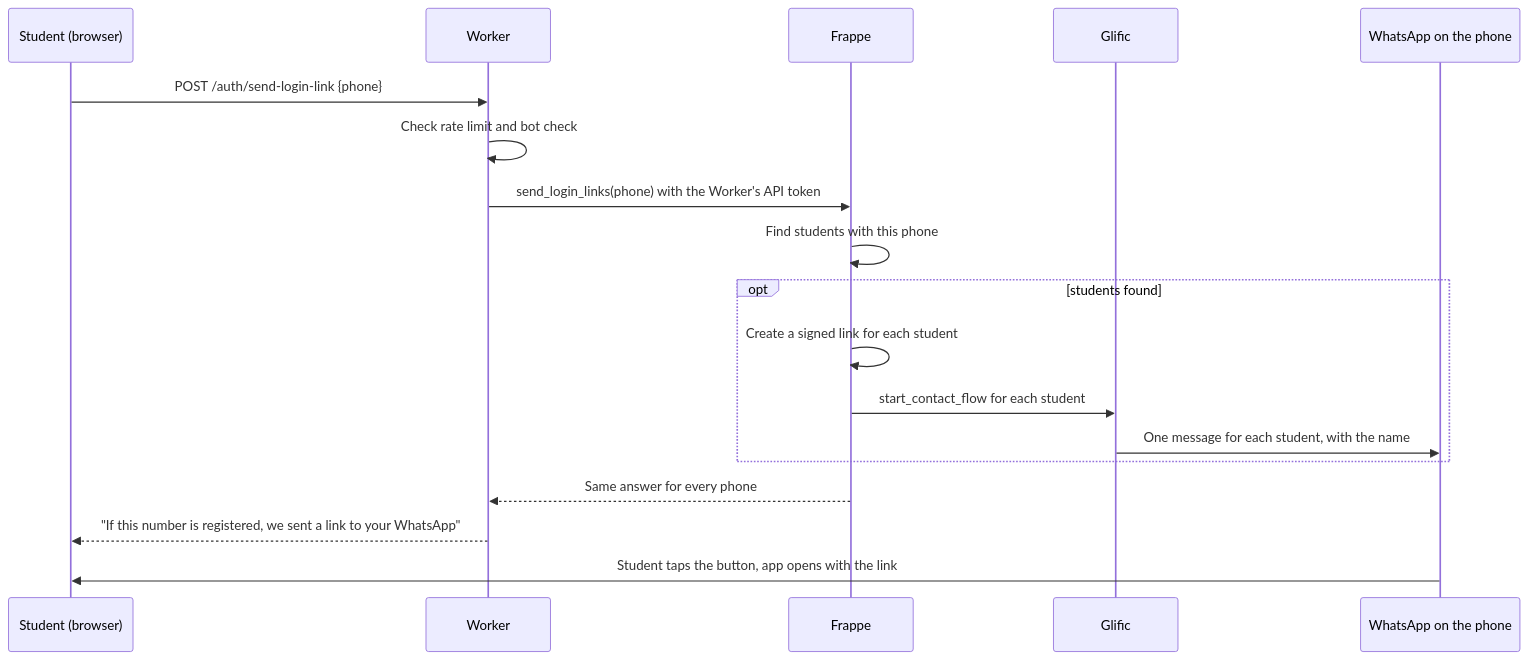
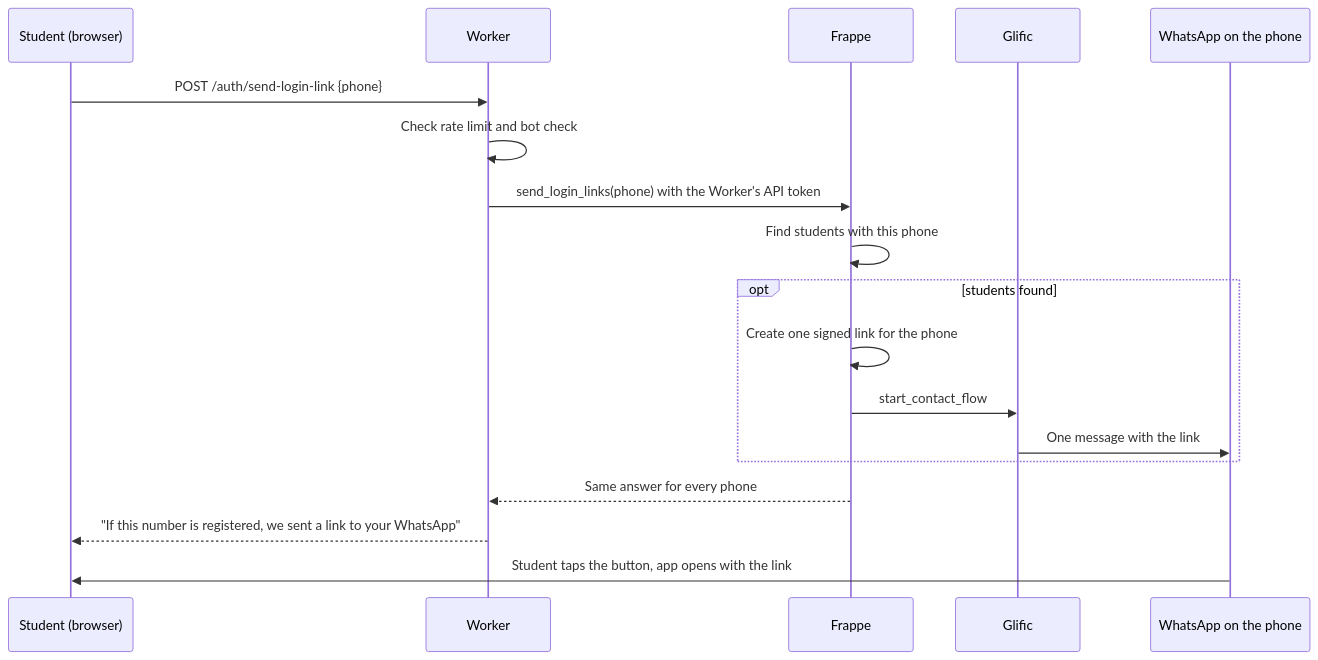
The third of 3 diagrams in documentation/whatsapp-link-login.md (theapprenticeproject/flutter_native_webapp), drawn with Mermaid before and after one commit. The commit also changed other lines of this file and 3 other files, not shown here.

````diff
--- a/documentation/whatsapp-link-login.md
+++ b/documentation/whatsapp-link-login.md
@@ -261,20 +282,20 @@
 ```mermaid
 sequenceDiagram
   participant S as Student (browser)
   participant W as Worker
   participant F as Frappe
   participant G as Glific
   participant P as WhatsApp on the phone
   S->>W: POST /auth/send-login-link {phone}
   W->>W: Check rate limit and bot check
   W->>F: send_login_links(phone) with the Worker's API token
   F->>F: Find students with this phone
   opt students found
-    F->>F: Create a signed link for each student
-    F->>G: start_contact_flow for each student
-    G->>P: One message for each student, with the name
+    F->>F: Create one signed link for the phone
+    F->>G: start_contact_flow
+    G->>P: One message with the link
   end
   F-->>W: Same answer for every phone
   W-->>S: "If this number is registered, we sent a link to your WhatsApp"
   P->>S: Student taps the button, app opens with the link
 ```
````
